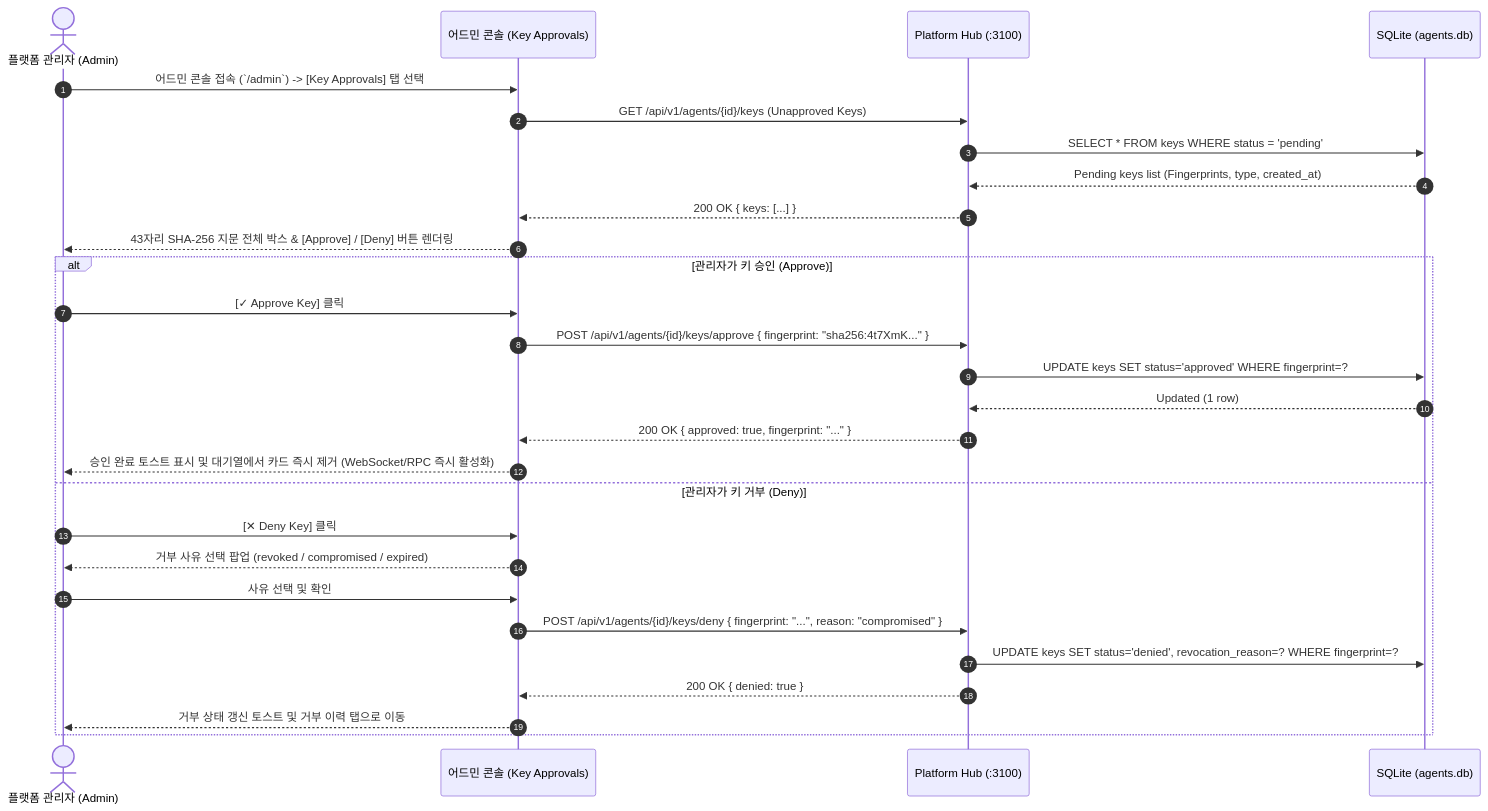
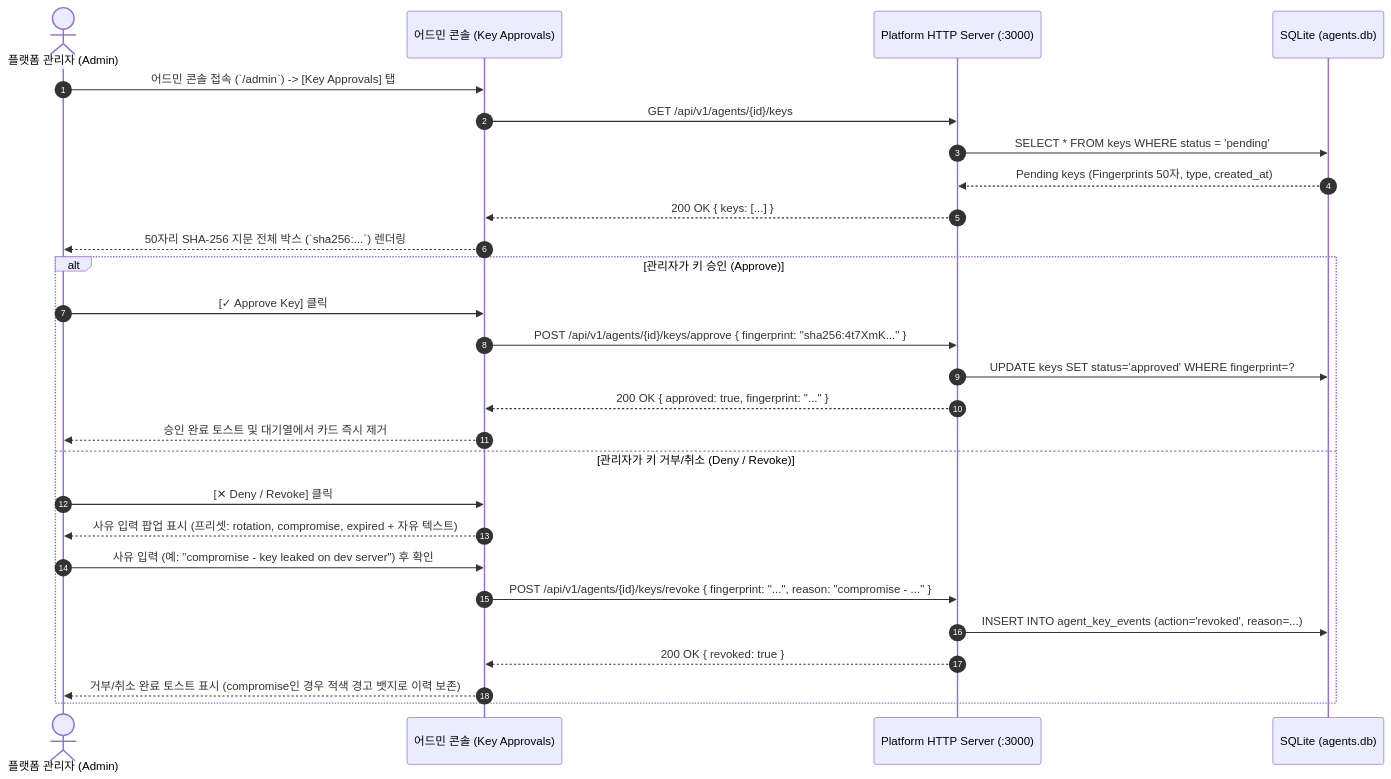
Before and after one commit to sir-mirr/agent-mesh-platform: the second of 6 diagrams in docs/operator-functional-spec.md, drawn with Mermaid. The commit also changed other lines of this file, not shown here.

Commit message:
docs: incorporate platform-claude feedback into operator functional spec v2.0

````diff
--- a/docs/operator-functional-spec.md
+++ b/docs/operator-functional-spec.md
@@ -53,32 +68,31 @@
 ```mermaid
 sequenceDiagram
     autonumber
     actor Admin as 플랫폼 관리자 (Admin)
     participant UI as 어드민 콘솔 (Key Approvals)
-    participant Hub as Platform Hub (:3100)
+    participant Hub as Platform HTTP Server (:3000)
     participant DB as SQLite (agents.db)
 
-    Admin->>UI: 어드민 콘솔 접속 (`/admin`) -> [Key Approvals] 탭 선택
-    UI->>Hub: GET /api/v1/agents/{id}/keys (Unapproved Keys)
+    Admin->>UI: 어드민 콘솔 접속 (`/admin`) -> [Key Approvals] 탭
+    UI->>Hub: GET /api/v1/agents/{id}/keys
     Hub->>DB: SELECT * FROM keys WHERE status = 'pending'
-    DB-->>Hub: Pending keys list (Fingerprints, type, created_at)
+    DB-->>Hub: Pending keys (Fingerprints 50자, type, created_at)
     Hub-->>UI: 200 OK { keys: [...] }
-    UI-->>Admin: 43자리 SHA-256 지문 전체 박스 & [Approve] / [Deny] 버튼 렌더링
+    UI-->>Admin: 50자리 SHA-256 지문 전체 박스 (`sha256:...`) 렌더링
 
     alt 관리자가 키 승인 (Approve)
         Admin->>UI: [✓ Approve Key] 클릭
         UI->>Hub: POST /api/v1/agents/{id}/keys/approve { fingerprint: "sha256:4t7XmK..." }
         Hub->>DB: UPDATE keys SET status='approved' WHERE fingerprint=?
-        DB-->>Hub: Updated (1 row)
         Hub-->>UI: 200 OK { approved: true, fingerprint: "..." }
-        UI-->>Admin: 승인 완료 토스트 표시 및 대기열에서 카드 즉시 제거 (WebSocket/RPC 즉시 활성화)
-    else 관리자가 키 거부 (Deny)
-        Admin->>UI: [✕ Deny Key] 클릭
-        UI-->>Admin: 거부 사유 선택 팝업 (revoked / compromised / expired)
-        Admin->>UI: 사유 선택 및 확인
-        UI->>Hub: POST /api/v1/agents/{id}/keys/deny { fingerprint: "...", reason: "compromised" }
-        Hub->>DB: UPDATE keys SET status='denied', revocation_reason=? WHERE fingerprint=?
-        Hub-->>UI: 200 OK { denied: true }
-        UI-->>Admin: 거부 상태 갱신 토스트 및 거부 이력 탭으로 이동
+        UI-->>Admin: 승인 완료 토스트 및 대기열에서 카드 즉시 제거
+    else 관리자가 키 거부/취소 (Deny / Revoke)
+        Admin->>UI: [✕ Deny / Revoke] 클릭
+        UI-->>Admin: 사유 입력 팝업 표시 (프리셋: rotation, compromise, expired + 자유 텍스트)
+        Admin->>UI: 사유 입력 (예: "compromise - key leaked on dev server") 후 확인
+        UI->>Hub: POST /api/v1/agents/{id}/keys/revoke { fingerprint: "...", reason: "compromise - ..." }
+        Hub->>DB: INSERT INTO agent_key_events (action='revoked', reason=...)
+        Hub-->>UI: 200 OK { revoked: true }
+        UI-->>Admin: 거부/취소 완료 토스트 표시 (compromise인 경우 적색 경고 뱃지로 이력 보존)
     end
 ```
````
